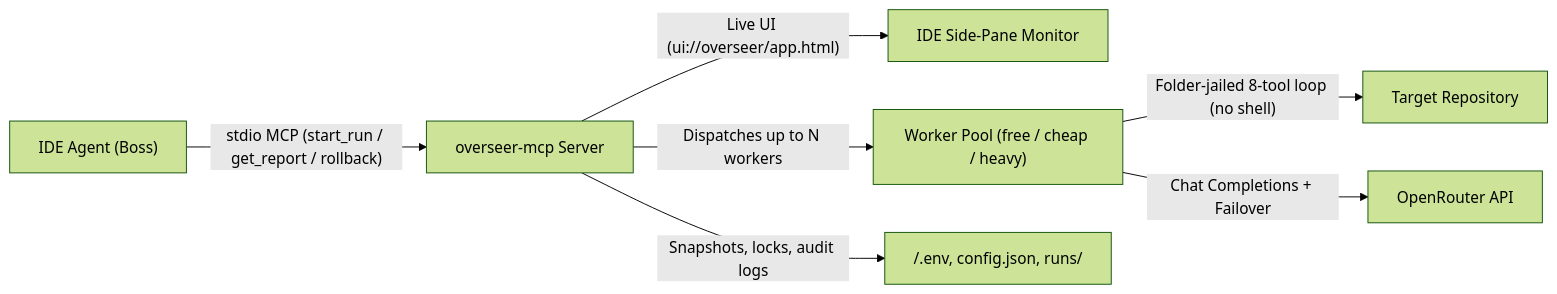
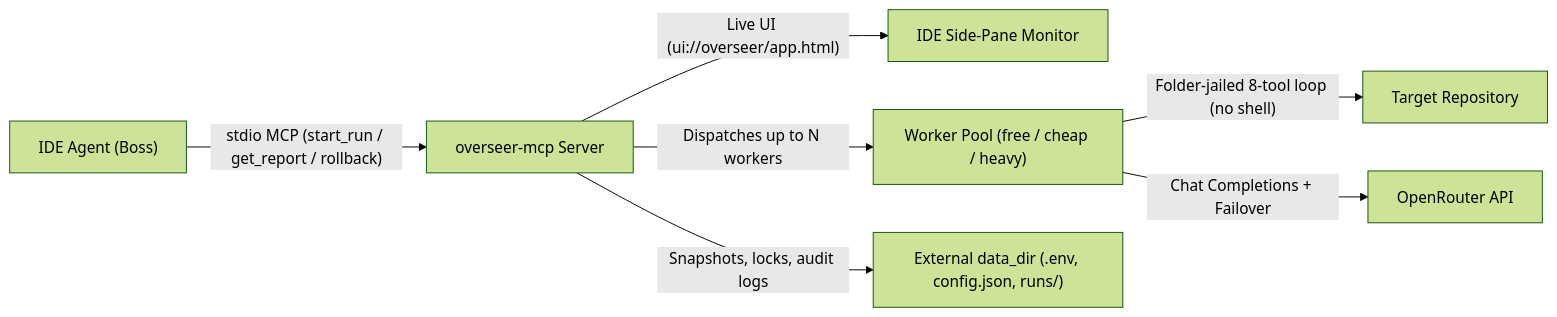
Before and after one commit to Luther22-source/overseer-mcp: the diagram in README.md, drawn with Mermaid (forest theme). The commit also changed other lines of this file and 8 other files, not shown here.

````diff
--- a/README.md
+++ b/README.md
@@ -12,9 +18,9 @@
 ```mermaid
 flowchart LR
     Boss["IDE Agent (Boss)"] -->|"stdio MCP (start_run / get_report / rollback)"| Server["overseer-mcp Server"]
     Server -->|"Live UI (ui://overseer/app.html)"| Monitor["IDE Side-Pane Monitor"]
     Server -->|"Dispatches up to N workers"| Pool["Worker Pool (free / cheap / heavy)"]
     Pool -->|"Folder-jailed 8-tool loop (no shell)"| Repo["Target Repository"]
     Pool -->|"Chat Completions + Failover"| OR["OpenRouter API"]
-    Server -->|"Snapshots, locks, audit logs"| State["<data_dir>/.env, config.json, runs/"]
+    Server -->|"Snapshots, locks, audit logs"| State["External data_dir (.env, config.json, runs/)"]
 ```
````
